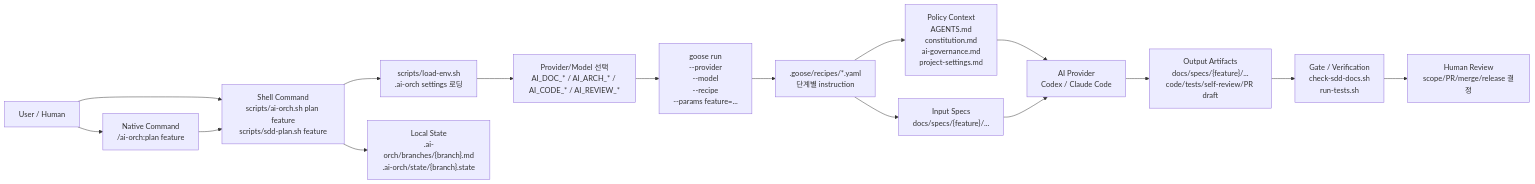
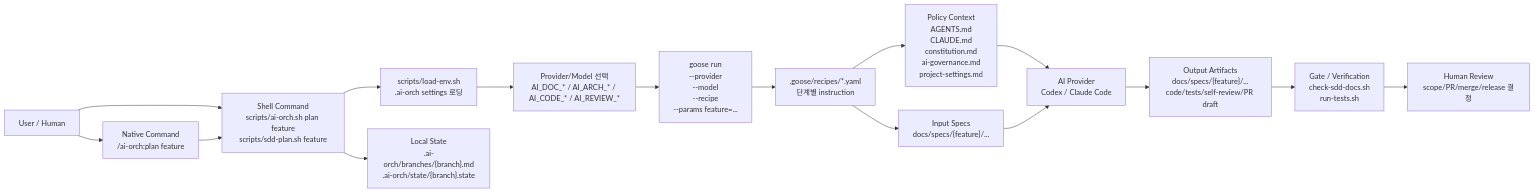
One commit to shaul1991/ai-orch changed the first of 9 diagrams in docs/ai-orch-flow.md. Above: the diagram before and after it, drawn with Mermaid. The commit also changed other lines of this file and 9 other files, not shown here.

````diff
--- a/docs/ai-orch-flow.md
+++ b/docs/ai-orch-flow.md
@@ -8,18 +8,18 @@
 ```mermaid
 flowchart LR
     U[User / Human] --> NATIVE["Native Command<br/>/ai-orch:plan feature"]
     U --> CMD["Shell Command<br/>scripts/ai-orch.sh plan feature<br/>scripts/sdd-plan.sh feature"]
     NATIVE --> CMD
     CMD --> ENV["scripts/load-env.sh<br/>.ai-orch settings 로딩"]
     ENV --> VAR["Provider/Model 선택<br/>AI_DOC_* / AI_ARCH_* / AI_CODE_* / AI_REVIEW_*"]
     VAR --> GOOSE["goose run<br/>--provider<br/>--model<br/>--recipe<br/>--params feature=..."]
     GOOSE --> RECIPE[".goose/recipes/*.yaml<br/>단계별 instruction"]
-    RECIPE --> POLICY["Policy Context<br/>AGENTS.md<br/>constitution.md<br/>ai-governance.md<br/>project-settings.md"]
+    RECIPE --> POLICY["Policy Context<br/>AGENTS.md<br/>CLAUDE.md<br/>constitution.md<br/>ai-governance.md<br/>project-settings.md"]
     RECIPE --> SPECIN["Input Specs<br/>docs/specs/{feature}/..."]
     POLICY --> AGENT["AI Provider<br/>Codex / Claude Code"]
     SPECIN --> AGENT
     AGENT --> OUTPUT["Output Artifacts<br/>docs/specs/{feature}/...<br/>code/tests/self-review/PR draft"]
     CMD --> LOCAL["Local State<br/>.ai-orch/branches/{branch}.md<br/>.ai-orch/state/{branch}.state"]
     OUTPUT --> GATE["Gate / Verification<br/>check-sdd-docs.sh<br/>run-tests.sh"]
     GATE --> HUMAN["Human Review<br/>scope/PR/merge/release 결정"]
 ```
````
